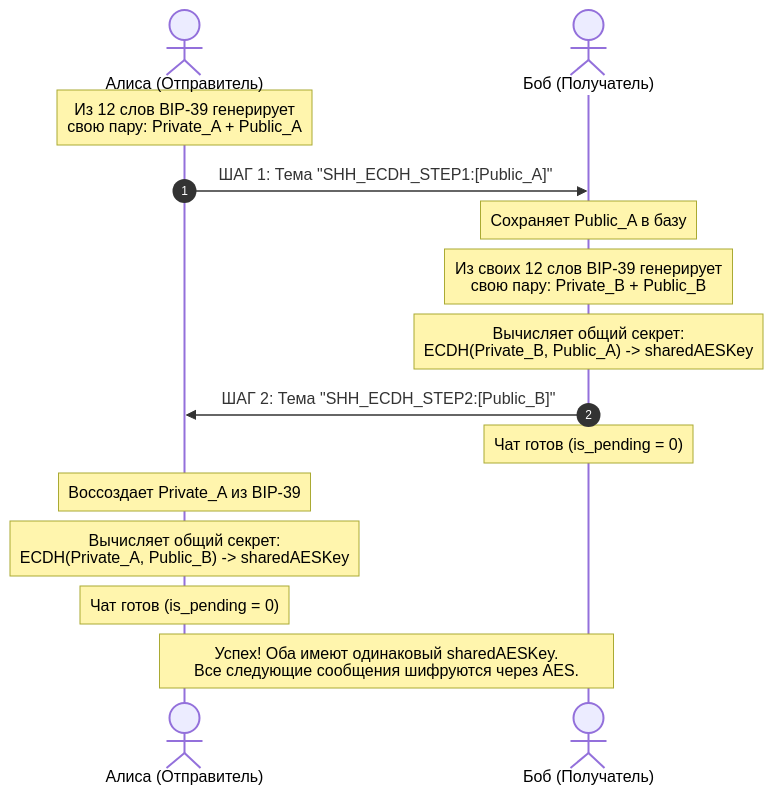
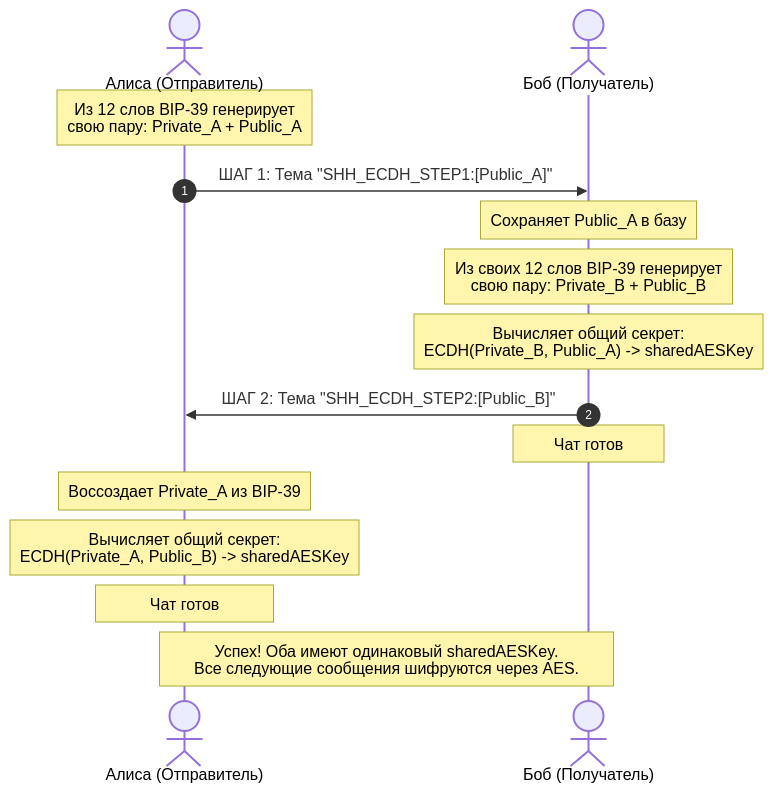
The diagram in README.md (thopm/mycelium), drawn with Mermaid before and after one commit.

````diff
--- a/README.md
+++ b/README.md
@@ -37,21 +37,21 @@
 ```mermaid
 sequenceDiagram
     autonumber
     actor Alice as Алиса (Отправитель)
     actor Bob as Боб (Получатель)
 
     Note over Alice: Из 12 слов BIP-39 генерирует<br/>свою пару: Private_A + Public_A
     Alice->>Bob: ШАГ 1: Тема "SHH_ECDH_STEP1:[Public_A]"
     Note over Bob: Сохраняет Public_A в базу
 
     Note over Bob: Из своих 12 слов BIP-39 генерирует<br/>свою пару: Private_B + Public_B
     Note over Bob: Вычисляет общий секрет:<br/>ECDH(Private_B, Public_A) -> sharedAESKey
     Bob->>Alice: ШАГ 2: Тема "SHH_ECDH_STEP2:[Public_B]"
-    Note over Bob: Чат готов (is_pending = 0)
+    Note over Bob: Чат готов
 
     Note over Alice: Воссоздает Private_A из BIP-39
     Note over Alice: Вычисляет общий секрет:<br/>ECDH(Private_A, Public_B) -> sharedAESKey
-    Note over Alice: Чат готов (is_pending = 0)
+    Note over Alice: Чат готов
 
     Note over Alice, Bob: Успех! Оба имеют одинаковый sharedAESKey.<br/>Все следующие сообщения шифруются через AES.
 ```
````
